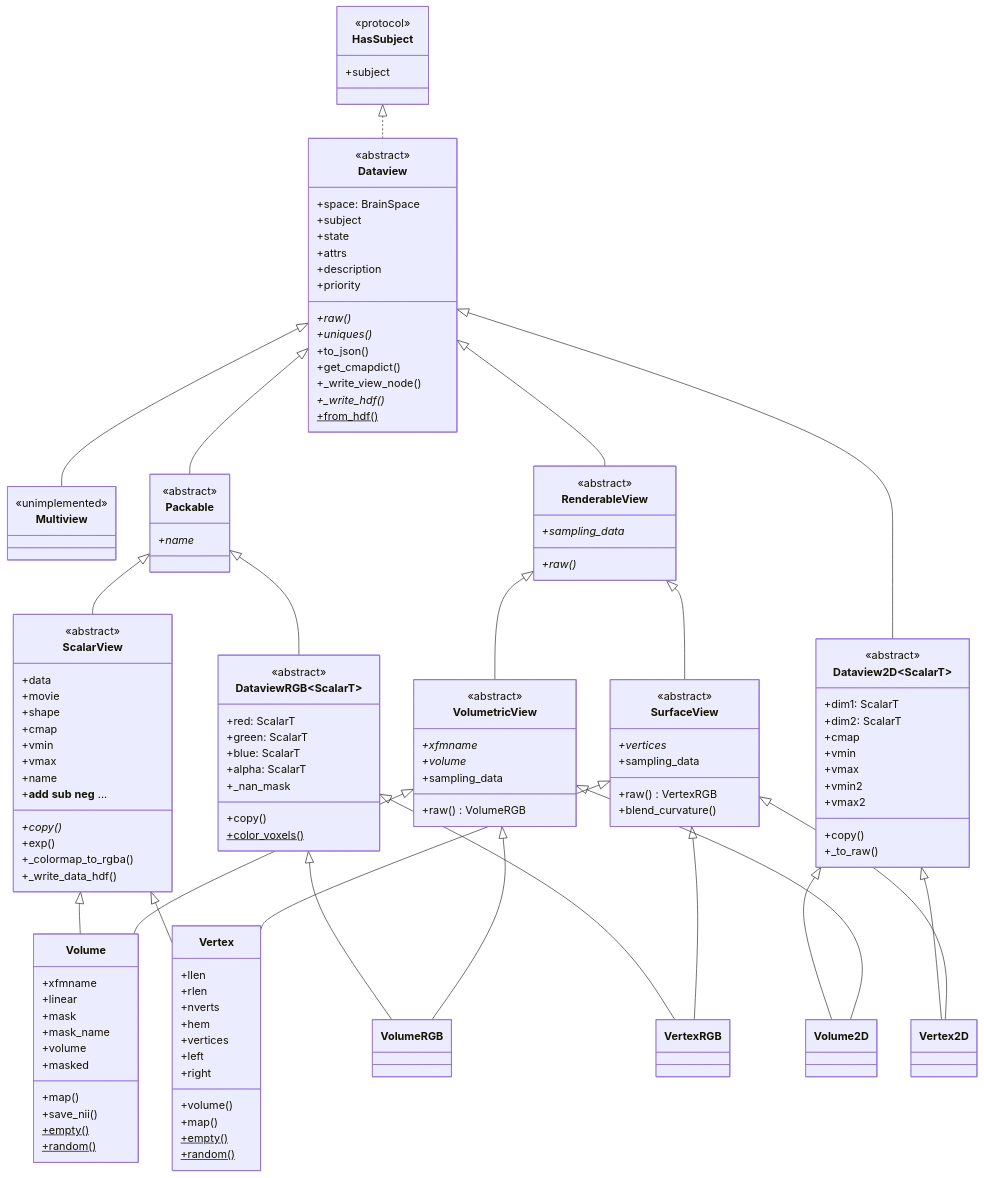
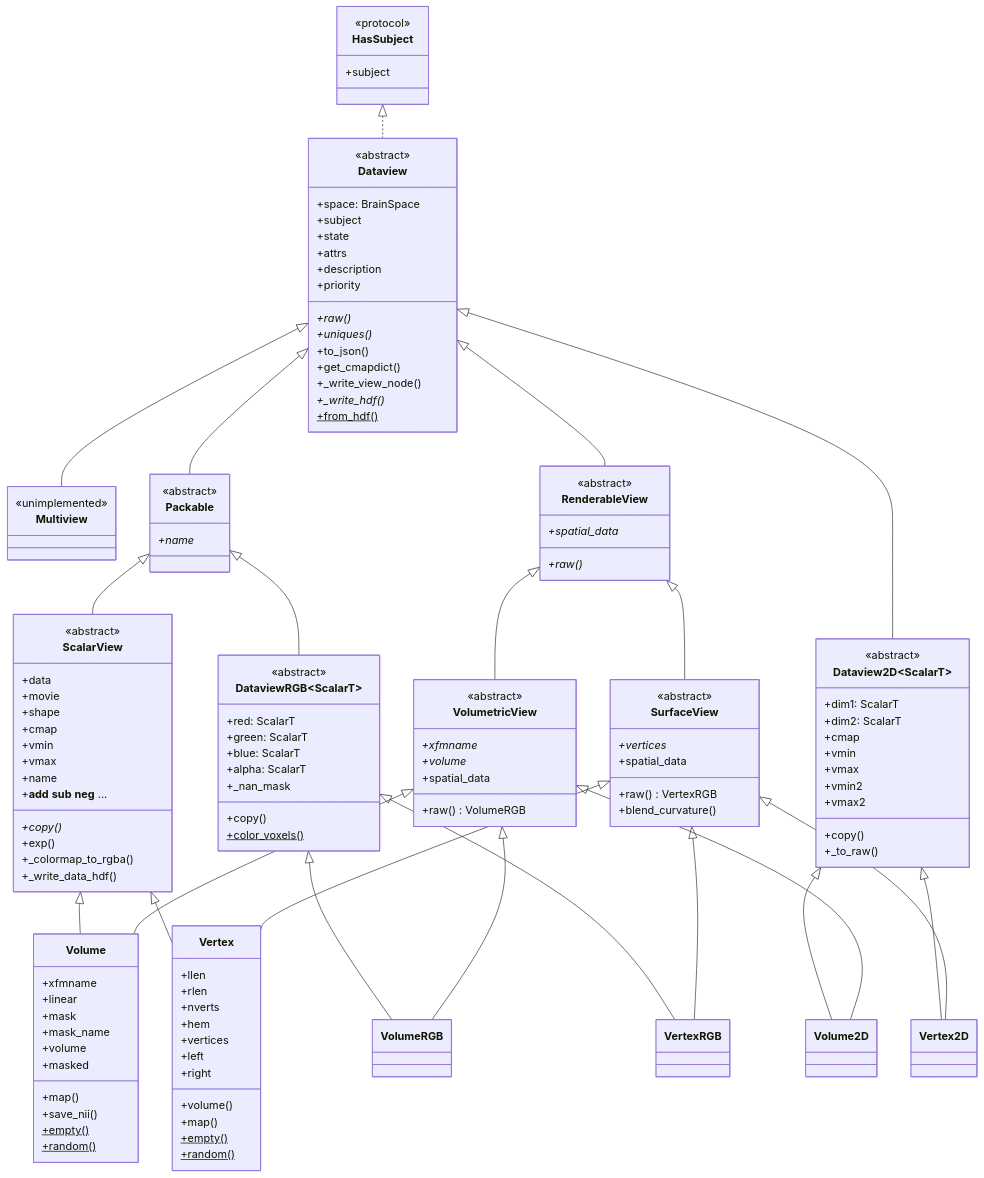
The first of 2 diagrams in cortex/dataset/INHERITANCE.md (kroq-gar78/pycortex), drawn with Mermaid before and after one commit. The commit also changed other lines of this file and 4 other files, not shown here.

First line of the commit message:
dataset: rename sampling_data to spatial_data

```diff
--- a/cortex/dataset/INHERITANCE.md
+++ b/cortex/dataset/INHERITANCE.md
@@ -132,20 +132,20 @@
     }
     class RenderableView {
         <<abstract>>
-        +sampling_data*
+        +spatial_data*
         +raw()*
     }
     class VolumetricView {
         <<abstract>>
         +xfmname*
         +volume*
-        +sampling_data
+        +spatial_data
         +raw() VolumeRGB
     }
     class SurfaceView {
         <<abstract>>
         +vertices*
-        +sampling_data
+        +spatial_data
         +raw() VertexRGB
         +blend_curvature()
     }
```
